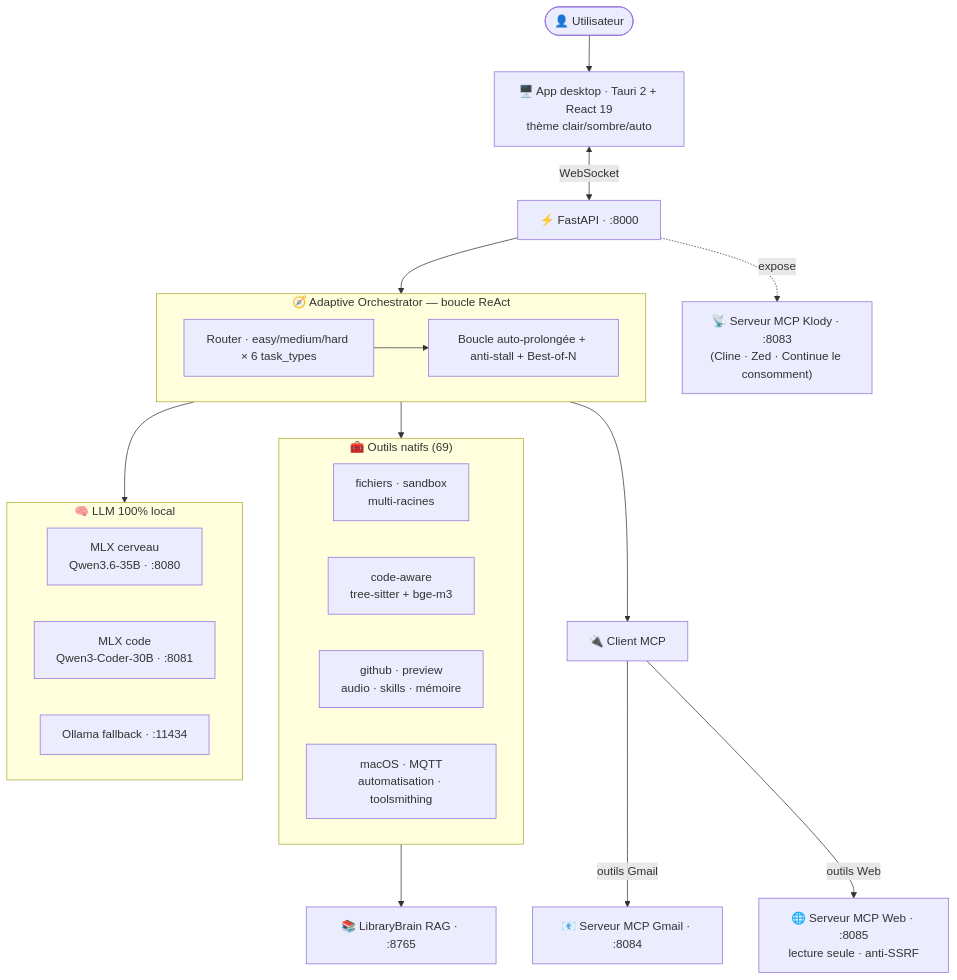
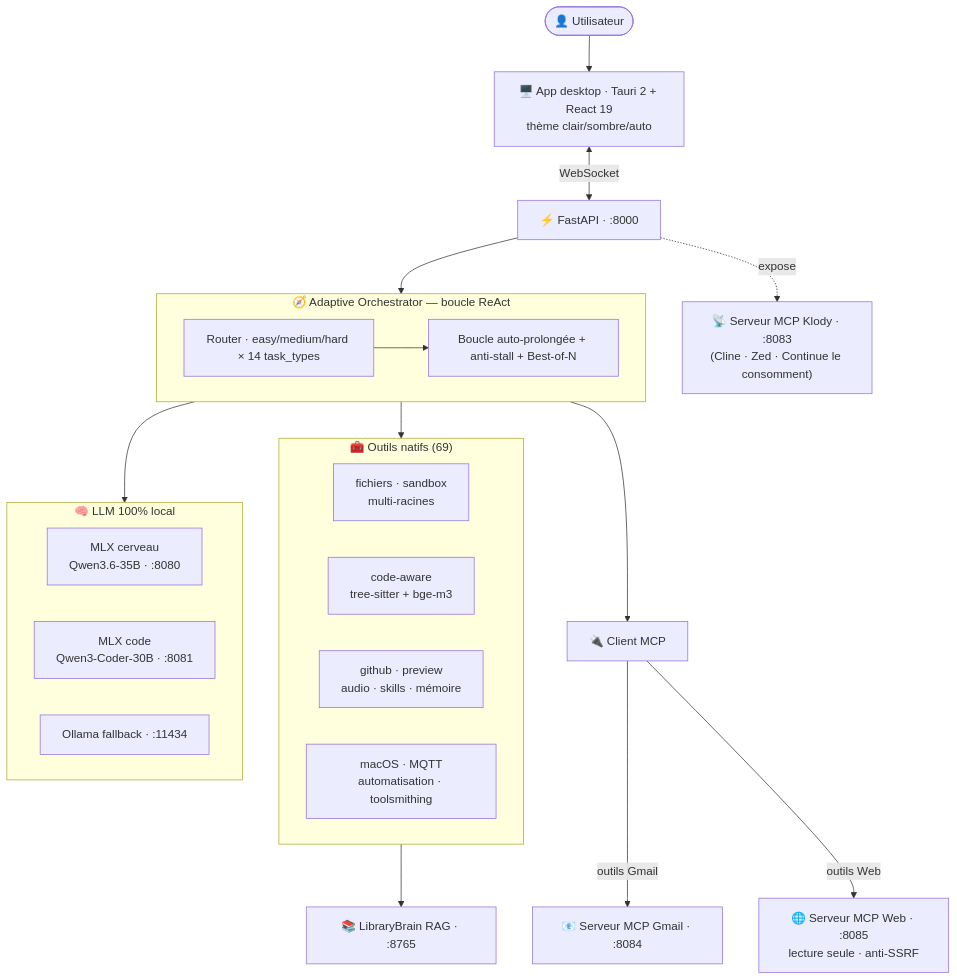
One commit to klodynlov/klody-code-ai changed the diagram in README.md. Above: the diagram before and after it, drawn with Mermaid. The commit also changed other lines of this file and 1 other file, not shown here.

````diff
--- a/README.md
+++ b/README.md
@@ -53,37 +53,37 @@
 ```mermaid
 flowchart TD
     U([👤 Utilisateur]) --> UI["🖥️ App desktop · Tauri 2 + React 19<br/>thème clair/sombre/auto"]
     UI <-->|WebSocket| API["⚡ FastAPI · :8000"]
     API --> ORCH
 
     subgraph ORCH["🧭 Adaptive Orchestrator — boucle ReAct"]
-        R["Router · easy/medium/hard × 6 task_types"]
+        R["Router · easy/medium/hard × 14 task_types"]
         L["Boucle auto-prolongée + anti-stall + Best-of-N"]
         R --> L
     end
 
     ORCH --> TOOLS
     ORCH --> MCPC["🔌 Client MCP"]
     ORCH --> LLM
 
     subgraph TOOLS["🧰 Outils natifs (69)"]
         direction LR
         T1["fichiers · sandbox<br/>multi-racines"]
         T2["code-aware<br/>tree-sitter + bge-m3"]
         T3["github · preview<br/>audio · skills · mémoire"]
         T4["macOS · MQTT<br/>automatisation · toolsmithing"]
     end
 
     MCPC -->|outils Gmail| GM["📧 Serveur MCP Gmail · :8084"]
     MCPC -->|outils Web| WB["🌐 Serveur MCP Web · :8085<br/>lecture seule · anti-SSRF"]
 
     subgraph LLM["🧠 LLM 100% local"]
         direction LR
         B["MLX cerveau<br/>Qwen3.6-35B · :8080"]
         C["MLX code<br/>Qwen3-Coder-30B · :8081"]
         O["Ollama fallback · :11434"]
     end
 
     TOOLS --> RAG["📚 LibraryBrain RAG · :8765"]
     API -.expose.-> MCPS["📡 Serveur MCP Klody · :8083<br/>(Cline · Zed · Continue le consomment)"]
 ```
````
